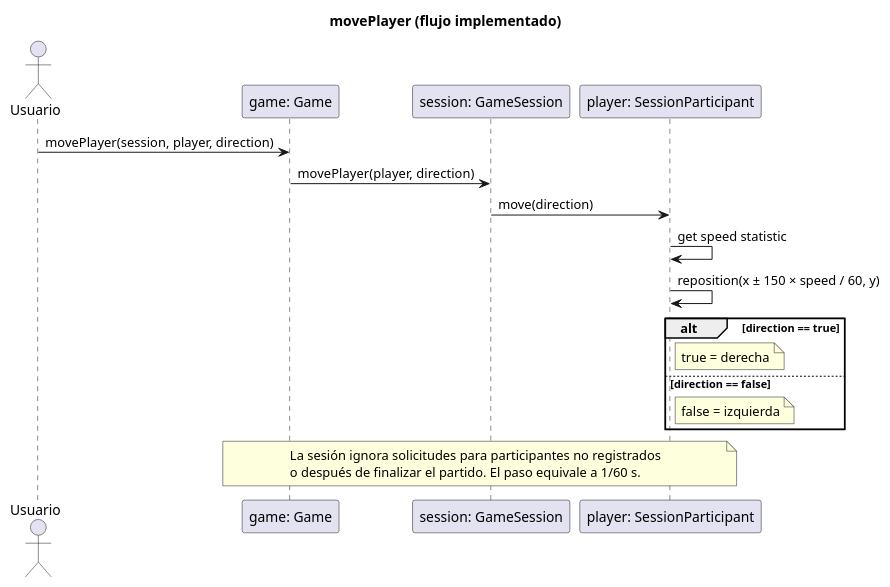
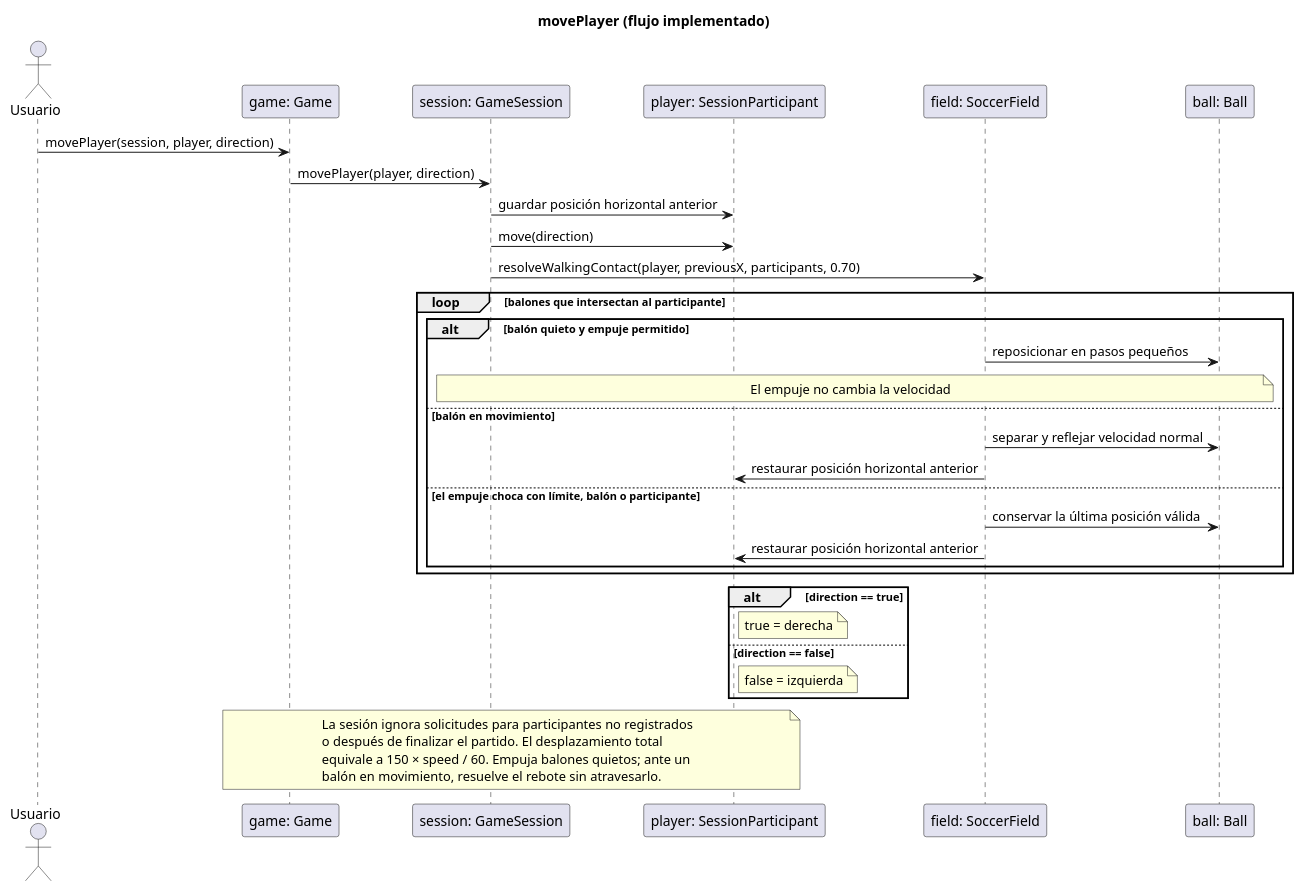
The third of 9 diagrams in docs/uml/domain-sequences.puml (PaglkG/ProyectoFinal-Dopo), drawn with PlantUML before and after one commit. The commit also changed other lines of this file and 38 other files, not shown here.

Commit message:
correccion de interacciones de la pelota y agragando cambios al diagrama de clases

```diff
--- a/docs/uml/domain-sequences.puml
+++ b/docs/uml/domain-sequences.puml
@@ -24,21 +24,37 @@
 @startuml
 title movePlayer (flujo implementado)
 actor Usuario
 participant "game: Game" as G
 participant "session: GameSession" as S
 participant "player: SessionParticipant" as P
+participant "field: SoccerField" as F
+participant "ball: Ball" as B
 Usuario -> G: movePlayer(session, player, direction)
 G -> S: movePlayer(player, direction)
+S -> P: guardar posición horizontal anterior
 S -> P: move(direction)
-P -> P: get speed statistic
-P -> P: reposition(x ± 150 × speed / 60, y)
+S -> F: resolveWalkingContact(player, previousX, participants, 0.70)
+loop balones que intersectan al participante
+  alt balón quieto y empuje permitido
+    F -> B: reposicionar en pasos pequeños
+    note over S,B: El empuje no cambia la velocidad
+  else balón en movimiento
+    F -> B: separar y reflejar velocidad normal
+    F -> P: restaurar posición horizontal anterior
+  else el empuje choca con límite, balón o participante
+    F -> B: conservar la última posición válida
+    F -> P: restaurar posición horizontal anterior
+  end
+end
 alt direction == true
   note right of P: true = derecha
 else direction == false
   note right of P: false = izquierda
 end
 note over G,P
   La sesión ignora solicitudes para participantes no registrados
-  o después de finalizar el partido. El paso equivale a 1/60 s.
+  o después de finalizar el partido. El desplazamiento total
+  equivale a 150 × speed / 60. Empuja balones quietos; ante un
+  balón en movimiento, resuelve el rebote sin atravesarlo.
 end note
 @enduml
```
